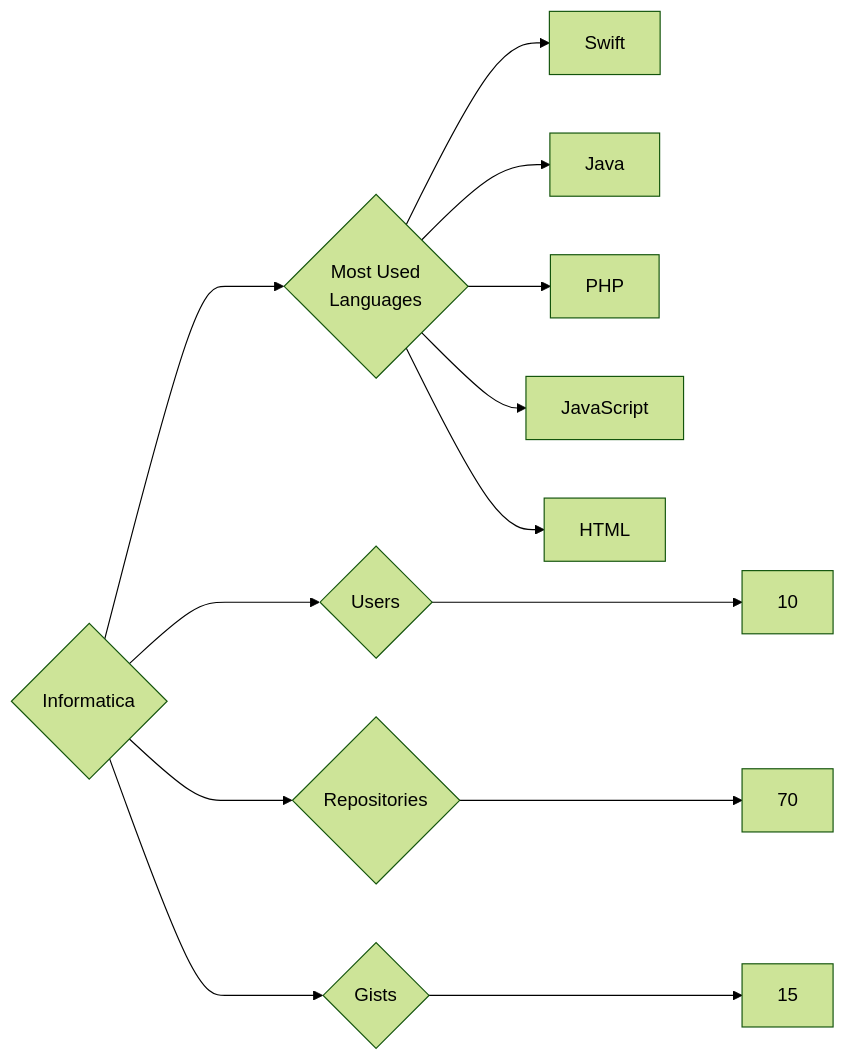
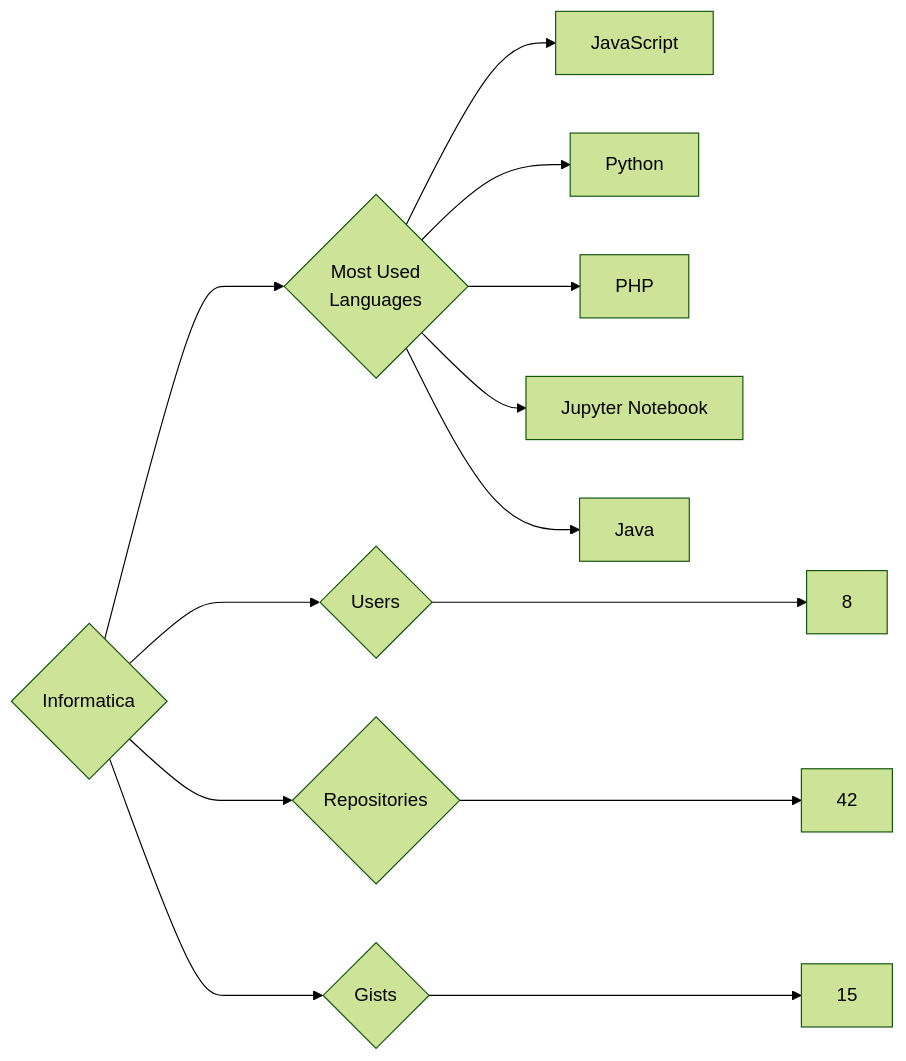
One commit to trickest/insiders changed the diagram in targets/Informatica/README.md. Above: the diagram before and after it, drawn with Mermaid (forest theme). The commit also changed 934 other files, not shown here.

````diff
--- a/targets/Informatica/README.md
+++ b/targets/Informatica/README.md
@@ -3,13 +3,13 @@
 ```mermaid
 graph LR
 COMPANY_NAME{Informatica}
-COMPANY_NAME ---> U{Users} ---> UN[10]
-COMPANY_NAME ---> R{Repositories} ---> RN[70]
+COMPANY_NAME ---> U{Users} ---> UN[8]
+COMPANY_NAME ---> R{Repositories} ---> RN[42]
 COMPANY_NAME ---> G{Gists} ---> GN[15]
 COMPANY_NAME ---> ML{Most Used<br>Languages}
-ML --> Swift[Swift]
+ML --> JavaScript[JavaScript]
+ML --> Python[Python]
+ML --> PHP[PHP]
+ML --> Jupyter_Notebook[Jupyter Notebook]
 ML --> Java[Java]
-ML --> PHP[PHP]
-ML --> JavaScript[JavaScript]
-ML --> HTML[HTML]
 ```
````
